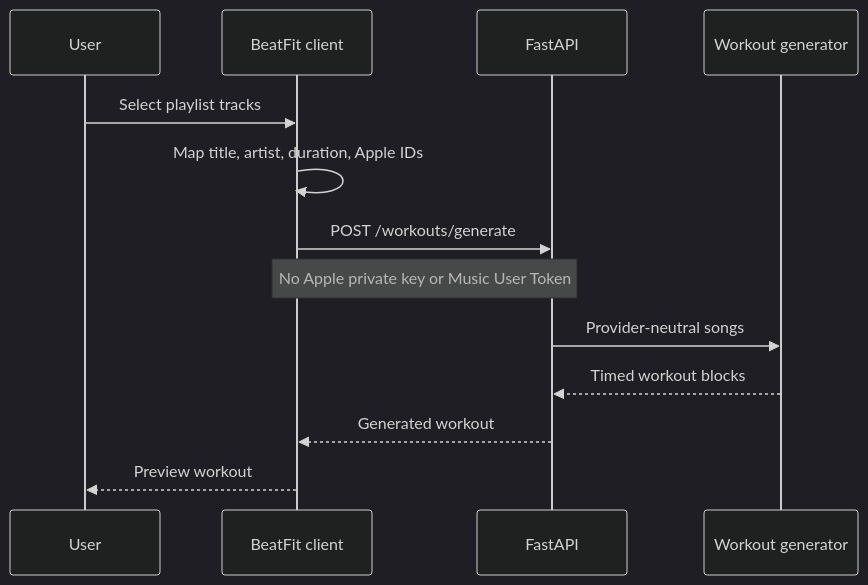
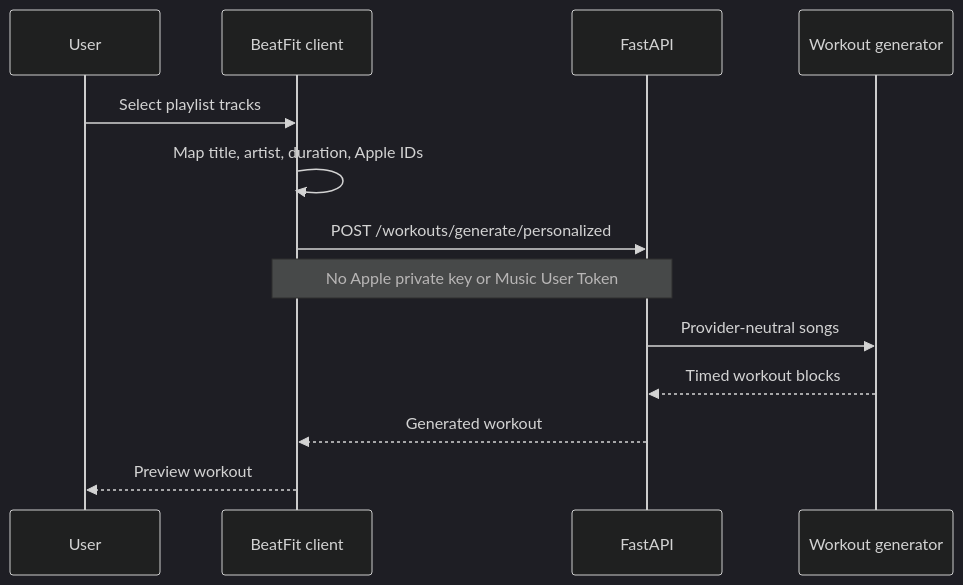
One commit to WonChung/beatfit changed the third of 4 diagrams in docs/apple-music-plan.md. Above: the diagram before and after it, drawn with Mermaid (dark theme). The commit also changed other lines of this file and 10 other files, not shown here.

````diff
--- a/docs/apple-music-plan.md
+++ b/docs/apple-music-plan.md
@@ -376,15 +404,15 @@
 ```mermaid
 sequenceDiagram
     participant U as User
     participant C as BeatFit client
     participant B as FastAPI
     participant G as Workout generator
     U->>C: Select playlist tracks
     C->>C: Map title, artist, duration, Apple IDs
-    C->>B: POST /workouts/generate
+    C->>B: POST /workouts/generate/personalized
     Note over C,B: No Apple private key or Music User Token
     B->>G: Provider-neutral songs
     G-->>B: Timed workout blocks
     B-->>C: Generated workout
     C-->>U: Preview workout
 ```
````
